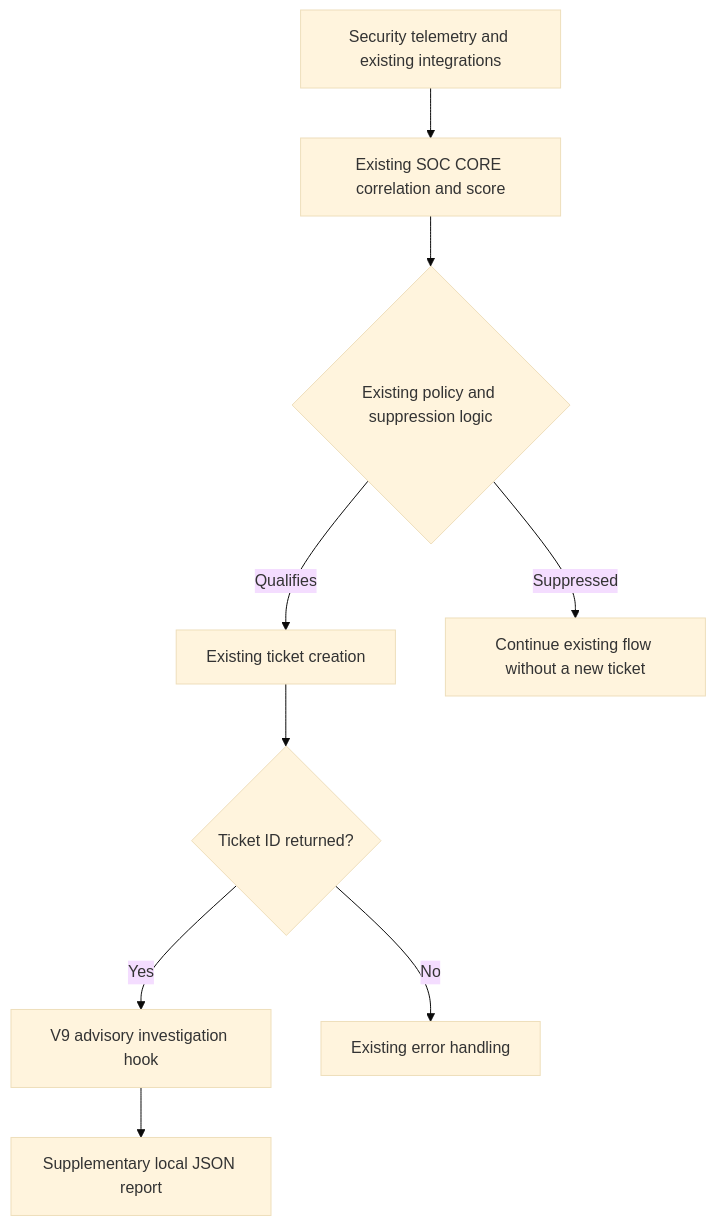
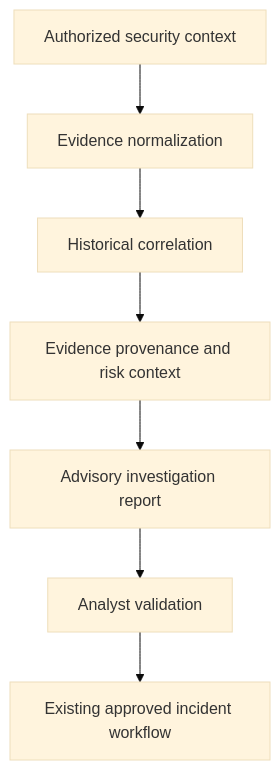
Before and after one commit to danilovida/SOC-CORE: the diagram in docs/soar-investigation-v1-v9.md, drawn with Mermaid (base theme). The commit also changed other lines of this file, not shown here.

Commit message:
docs(security): sanitize SOAR execution details and validation status

````diff
--- a/docs/soar-investigation-v1-v9.md
+++ b/docs/soar-investigation-v1-v9.md
@@ -28,11 +29,9 @@
 ```mermaid
 flowchart TD
-    A[Security telemetry and existing integrations] --> B[Existing SOC CORE correlation and score]
-    B --> C{Existing policy and suppression logic}
-    C -->|Qualifies| D[Existing ticket creation]
-    C -->|Suppressed| E[Continue existing flow without a new ticket]
-    D --> F{Ticket ID returned?}
-    F -->|Yes| G[V9 advisory investigation hook]
-    F -->|No| H[Existing error handling]
-    G --> I[Supplementary local JSON report]
+    A[Authorized security context] --> B[Evidence normalization]
+    B --> C[Historical correlation]
+    C --> D[Evidence provenance and risk context]
+    D --> E[Advisory investigation report]
+    E --> F[Analyst validation]
+    F --> G[Existing approved incident workflow]
 ```
````
